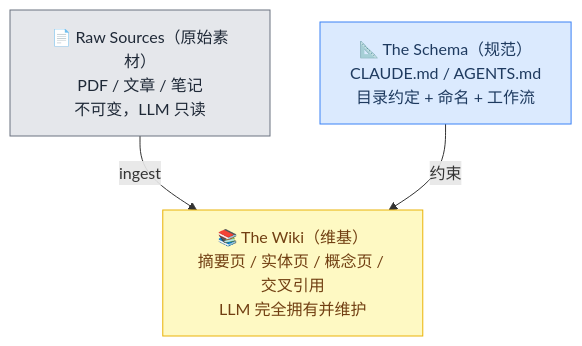
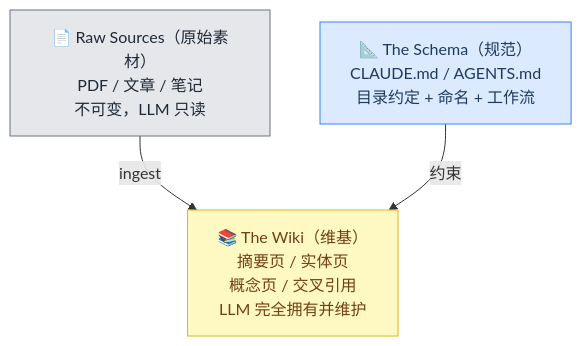
Before and after one commit to geekchow/technical-knowledge: the third of 4 diagrams in ai/agents/ai-agent-memory-6-levels.md, drawn with Mermaid. The commit also changed 9 other files, not shown here.

Commit message:
fix mermaid label store issue.

````diff
--- a/ai/agents/ai-agent-memory-6-levels.md
+++ b/ai/agents/ai-agent-memory-6-levels.md
@@ -346,13 +346,13 @@
 ```mermaid
 graph TD
     S["📄 Raw Sources（原始素材）<br/>PDF / 文章 / 笔记<br/>不可变，LLM 只读"]
-    W["📚 The Wiki（维基）<br/>摘要页 / 实体页 / 概念页 / 交叉引用<br/>LLM 完全拥有并维护"]
+    W["📚 The Wiki（维基）<br/>摘要页 / 实体页<br/>概念页 / 交叉引用<br/>LLM 完全拥有并维护"]
     C["📐 The Schema（规范）<br/>CLAUDE.md / AGENTS.md<br/>目录约定 + 命名 + 工作流"]
 
     S -->|ingest| W
     C -->|约束| W
 
     style S fill:#e5e7eb,stroke:#6b7280,color:#1f2937
     style W fill:#fef9c3,stroke:#eab308,color:#713f12
     style C fill:#dbeafe,stroke:#3b82f6,color:#1e3a5f
 ```
````
